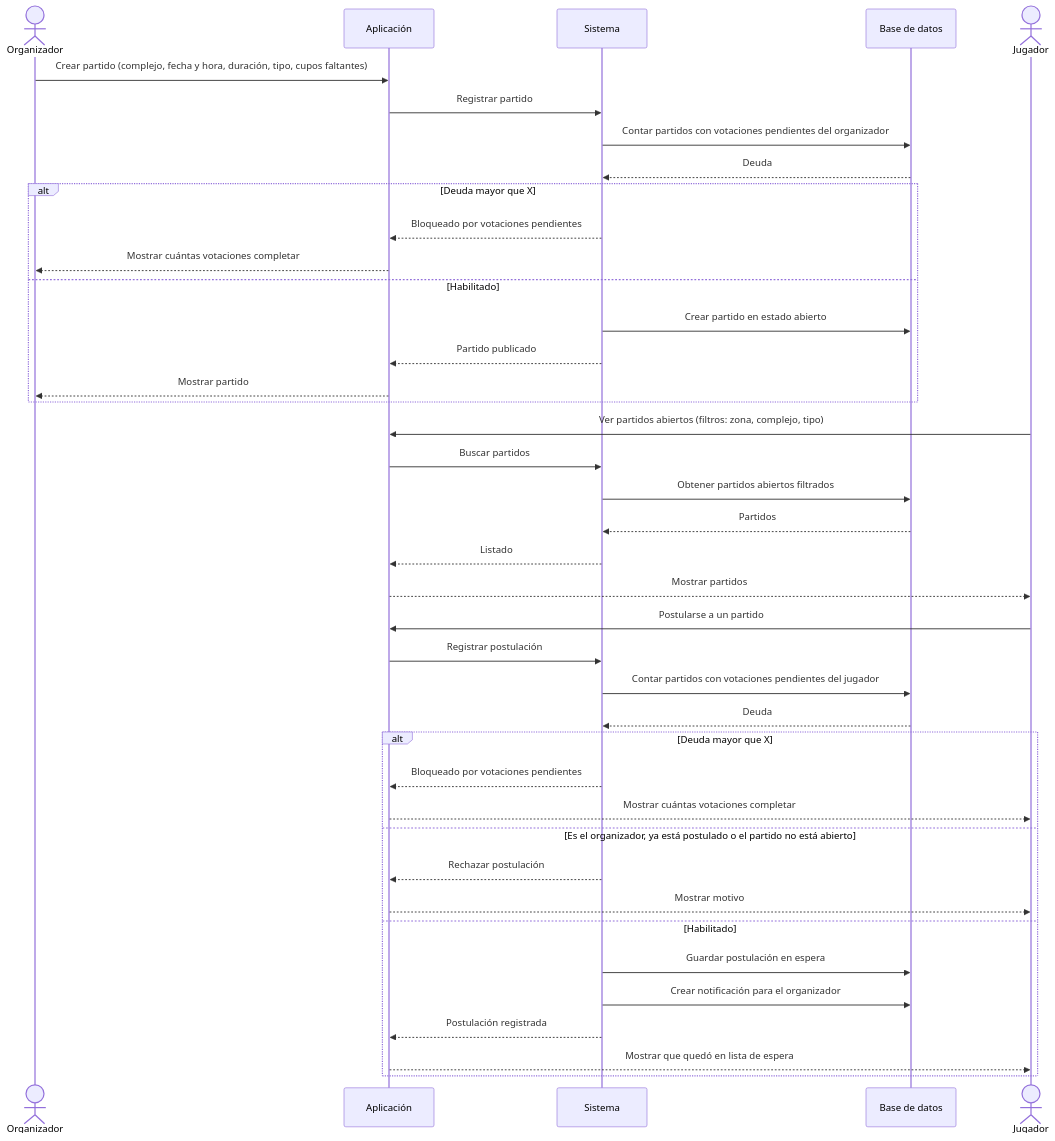
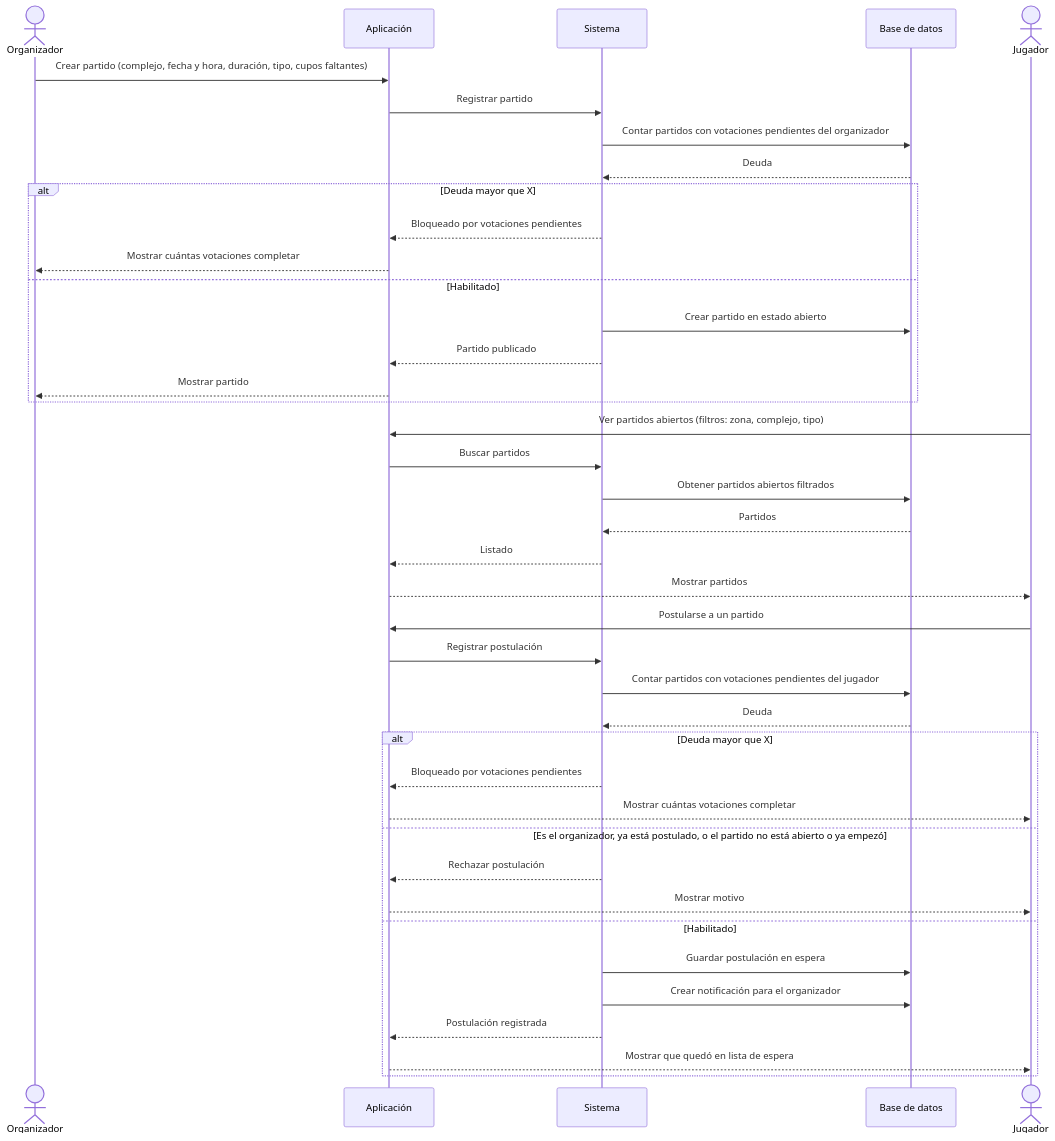
Before and after one commit to nvranco/fulvo: the diagram in docs/diagramas/02-publicar-partido-y-postularse.md, drawn with Mermaid. The commit also changed 6 other files, not shown here.

````diff
--- a/docs/diagramas/02-publicar-partido-y-postularse.md
+++ b/docs/diagramas/02-publicar-partido-y-postularse.md
@@ -3,45 +3,45 @@
 ```mermaid
 sequenceDiagram
     actor O as Organizador
     participant A as Aplicación
     participant S as Sistema
     participant BD as Base de datos
     actor J as Jugador
 
     O->>A: Crear partido (complejo, fecha y hora, duración, tipo, cupos faltantes)
     A->>S: Registrar partido
     S->>BD: Contar partidos con votaciones pendientes del organizador
     BD-->>S: Deuda
     alt Deuda mayor que X
         S-->>A: Bloqueado por votaciones pendientes
         A-->>O: Mostrar cuántas votaciones completar
     else Habilitado
         S->>BD: Crear partido en estado abierto
         S-->>A: Partido publicado
         A-->>O: Mostrar partido
     end
 
     J->>A: Ver partidos abiertos (filtros: zona, complejo, tipo)
     A->>S: Buscar partidos
     S->>BD: Obtener partidos abiertos filtrados
     BD-->>S: Partidos
     S-->>A: Listado
     A-->>J: Mostrar partidos
 
     J->>A: Postularse a un partido
     A->>S: Registrar postulación
     S->>BD: Contar partidos con votaciones pendientes del jugador
     BD-->>S: Deuda
     alt Deuda mayor que X
         S-->>A: Bloqueado por votaciones pendientes
         A-->>J: Mostrar cuántas votaciones completar
-    else Es el organizador, ya está postulado o el partido no está abierto
+    else Es el organizador, ya está postulado, o el partido no está abierto o ya empezó
         S-->>A: Rechazar postulación
         A-->>J: Mostrar motivo
     else Habilitado
         S->>BD: Guardar postulación en espera
         S->>BD: Crear notificación para el organizador
         S-->>A: Postulación registrada
         A-->>J: Mostrar que quedó en lista de espera
     end
 ```
````
